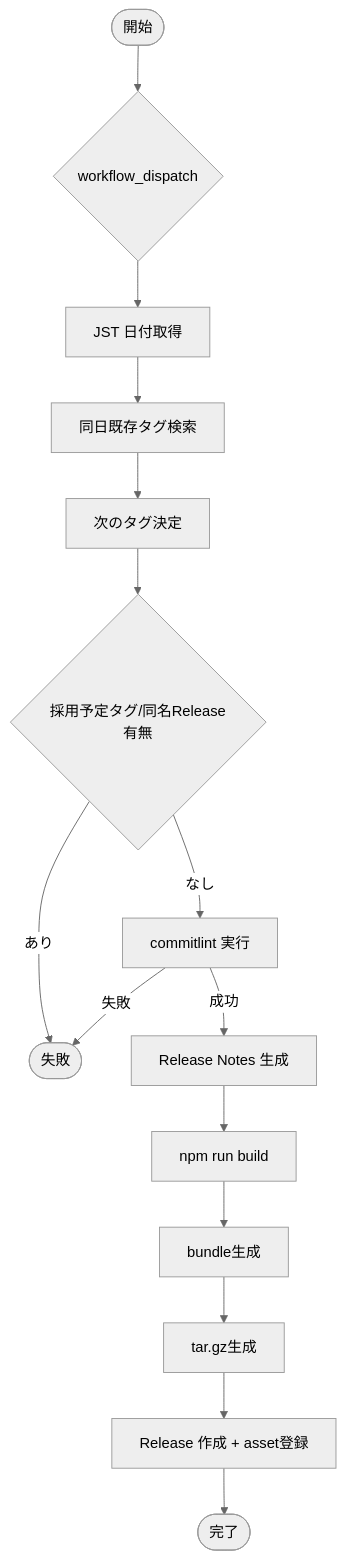
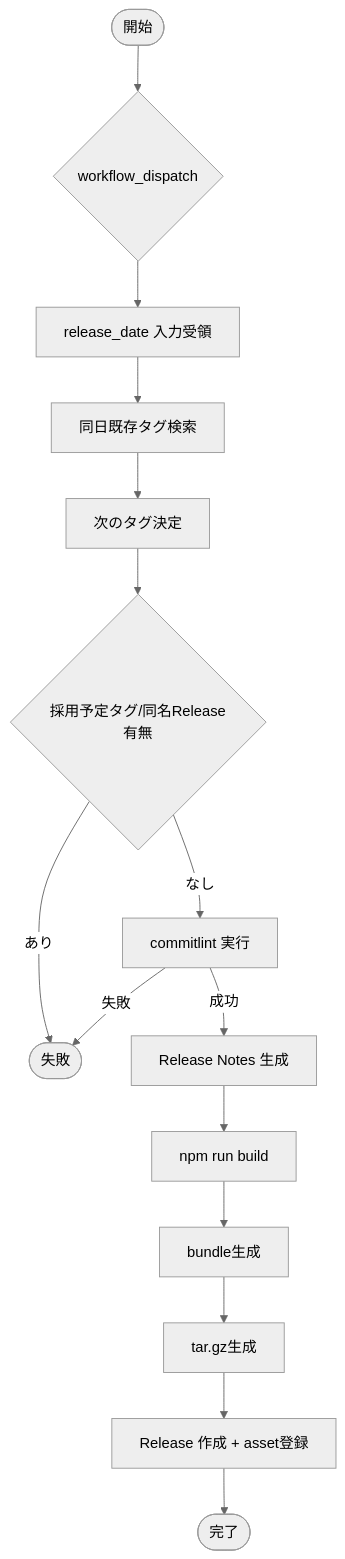
Before and after one commit to LevelCapTech/Agile-PMBOK-Assist: the second of 2 diagrams in .github/copilot/plans/47_github-release-management-implementation-plan.md, drawn with Mermaid (neutral theme). The commit also changed other lines of this file, not shown here.

First line of the commit message:
fix: release_date入力の必須化を明記

````diff
--- a/.github/copilot/plans/47_github-release-management-implementation-plan.md
+++ b/.github/copilot/plans/47_github-release-management-implementation-plan.md
@@ -166,17 +166,17 @@
 ```mermaid
 flowchart TD
   Start([開始]) --> Trigger{workflow_dispatch}
-  Trigger --> Date[JST 日付取得]
+  Trigger --> Date[release_date 入力受領]
   Date --> Tags[同日既存タグ検索]
   Tags --> NextTag[次のタグ決定]
   NextTag --> CheckRelease{採用予定タグ/同名Release有無}
   CheckRelease -->|あり| Fail([失敗])
   CheckRelease -->|なし| Lint[commitlint 実行]
   Lint -->|失敗| Fail
   Lint -->|成功| Notes[Release Notes 生成]
   Notes --> Build[npm run build]
   Build --> Bundle[bundle生成]
   Bundle --> Tar[tar.gz生成]
   Tar --> Create[Release 作成 + asset登録]
   Create --> Done([完了])
 ```
````
